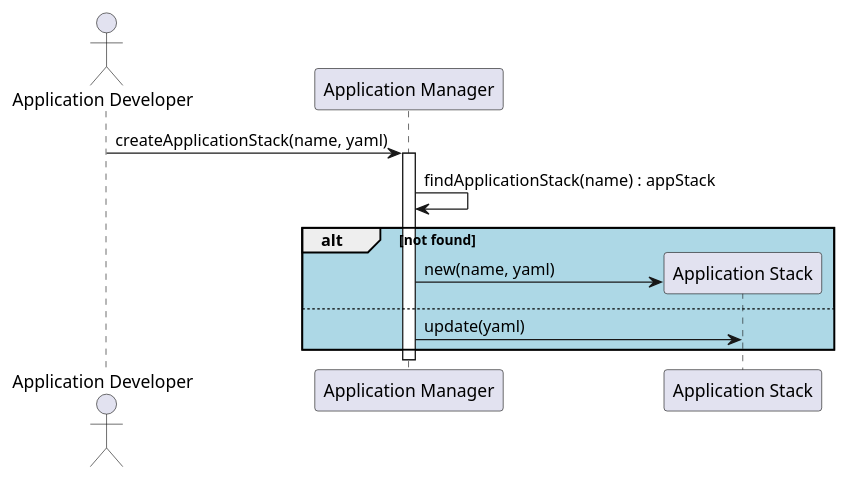
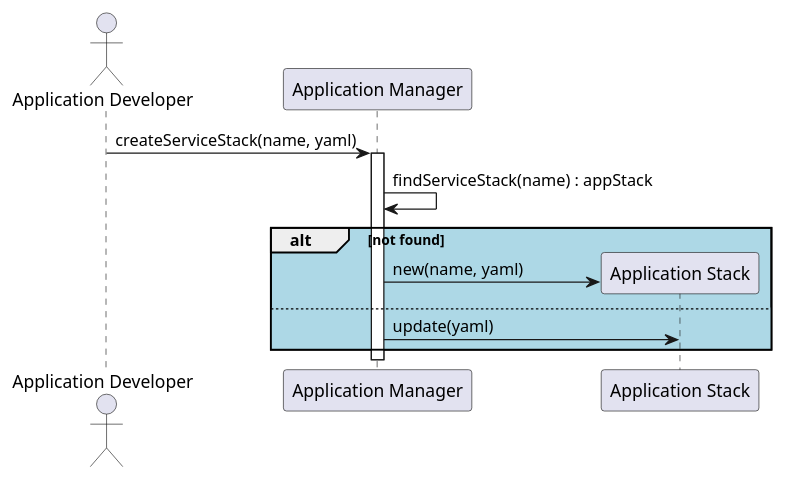
The diagram in docs/UseCases/Manage-Application-Stack/CreateApplicationStack.puml (CAADE/C3), drawn with PlantUML before and after one commit. The commit also changed 397 other files, not shown here.

```diff
--- a/docs/UseCases/Manage-Application-Stack/CreateApplicationStack.puml
+++ b/docs/UseCases/Manage-Application-Stack/CreateApplicationStack.puml
@@ -1,13 +1,13 @@
 @startuml
 Actor "Application Developer"
 
-"Application Developer" -> "Application Manager" : createApplicationStack(name, yaml)
+"Application Developer" -> "Application Manager" : createServiceStack(name, yaml)
 activate "Application Manager"
-"Application Manager" -> "Application Manager" :findApplicationStack(name) : appStack
+"Application Manager" -> "Application Manager" :findServiceStack(name) : appStack
 alt #lightblue not found
 create "Application Stack"
 "Application Manager" -> "Application Stack" : new(name, yaml)
 else
 "Application Manager" -> "Application Stack" : update(yaml)
 end
 @enduml
```
